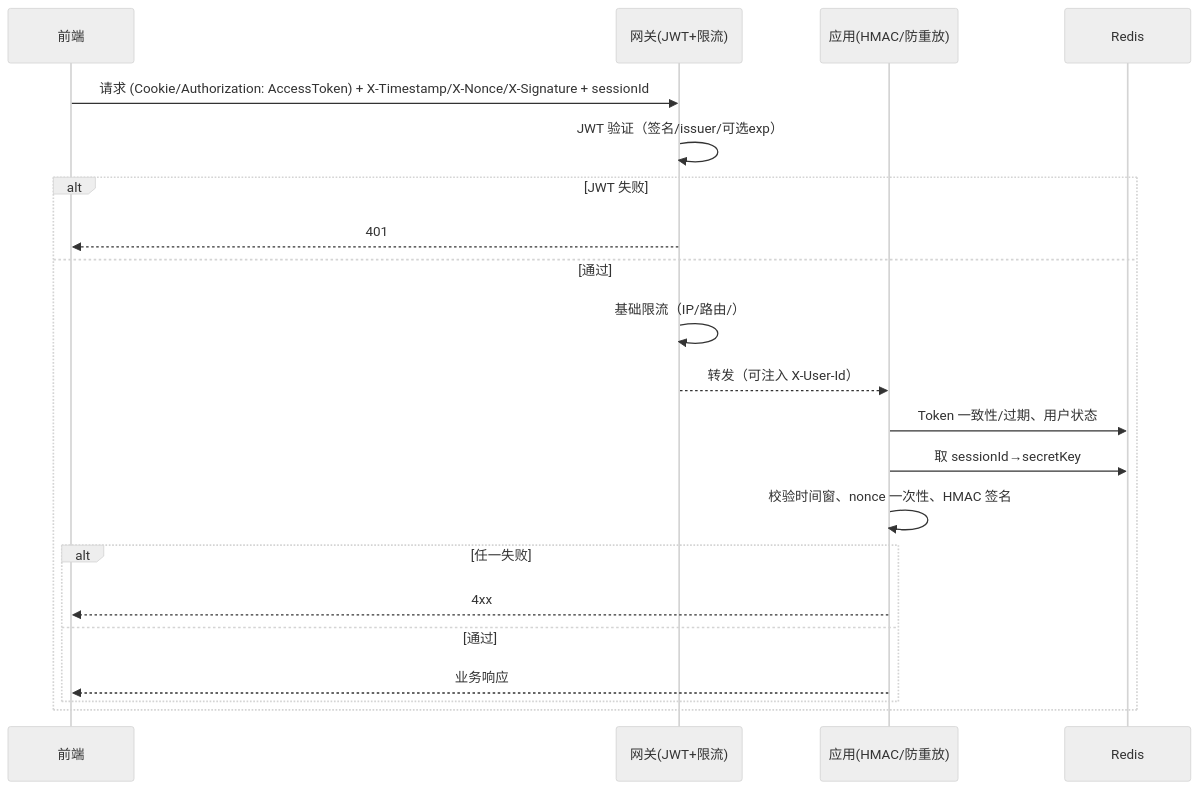
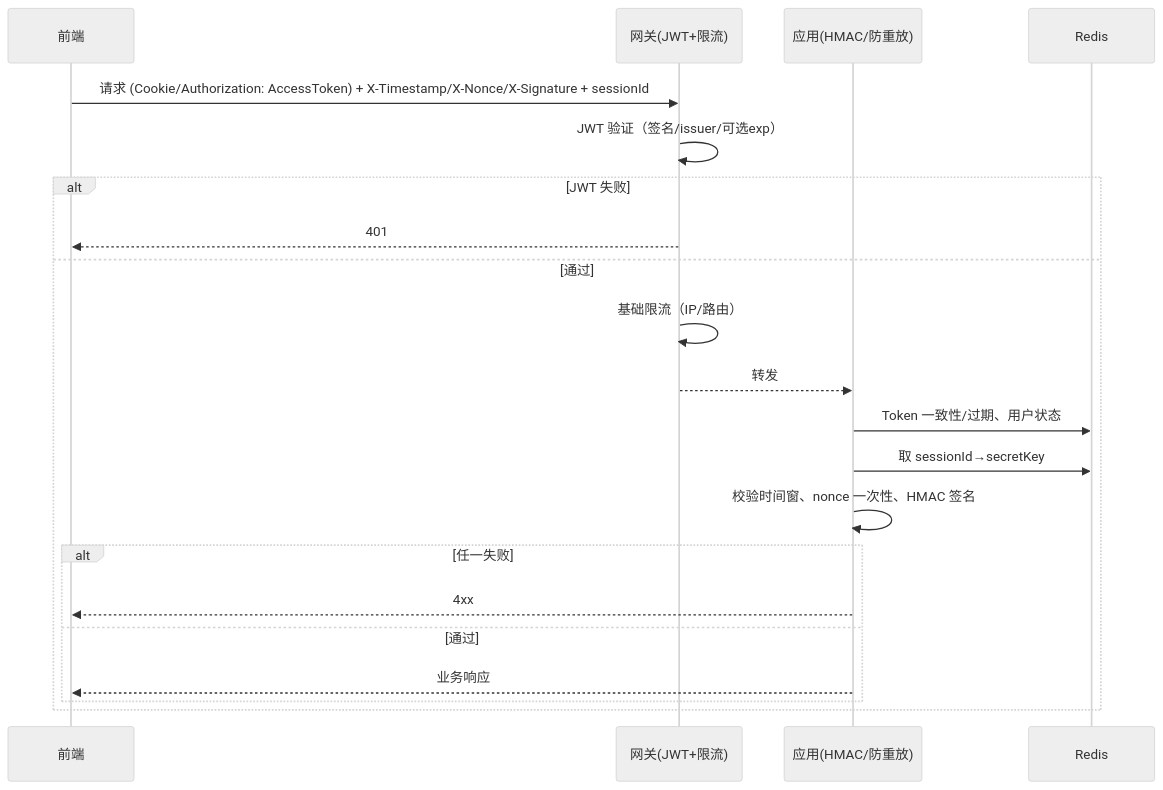
The diagram in all/未命名-4.md (yingjianzh/iodraw-files), drawn with Mermaid (neutral theme) before and after one commit.

Commit message:
2025-10-16 14:06:30 update

````diff
--- a/all/未命名-4.md
+++ b/all/未命名-4.md
@@ -1,24 +1,24 @@
 ```mermaid
 sequenceDiagram
     participant FE as 前端
     participant Kong as 网关(JWT+限流)
     participant App as 应用(HMAC/防重放)
     participant Redis as Redis
 
     FE->>Kong: 请求 (Cookie/Authorization: AccessToken) + X-Timestamp/X-Nonce/X-Signature + sessionId
     Kong->>Kong: JWT 验证（签名/issuer/可选exp）
     alt JWT 失败
       Kong-->>FE: 401
     else 通过
-      Kong->>Kong: 基础限流（IP/路由/）
-      Kong-->>App: 转发（可注入 X-User-Id）
+      Kong->>Kong: 基础限流（IP/路由）
+      Kong-->>App: 转发
       App->>Redis: Token 一致性/过期、用户状态
       App->>Redis: 取 sessionId→secretKey
       App->>App: 校验时间窗、nonce 一次性、HMAC 签名
       alt 任一失败
         App-->>FE: 4xx
       else 通过
         App-->>FE: 业务响应
       end
     end
 ```
````
